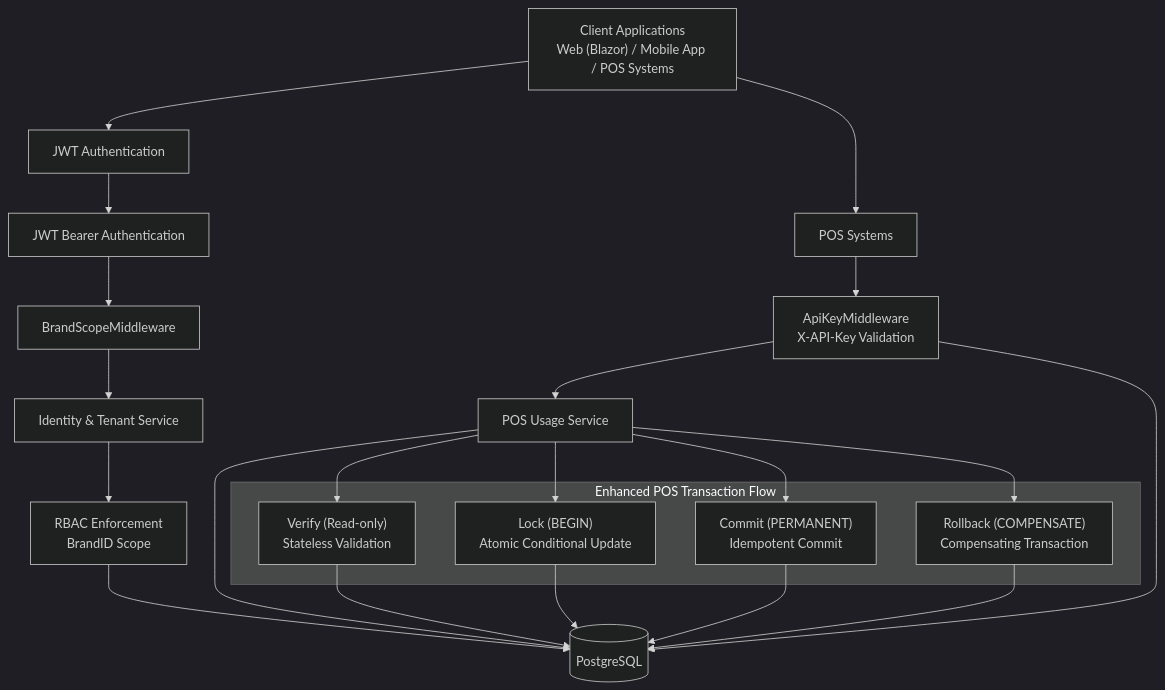
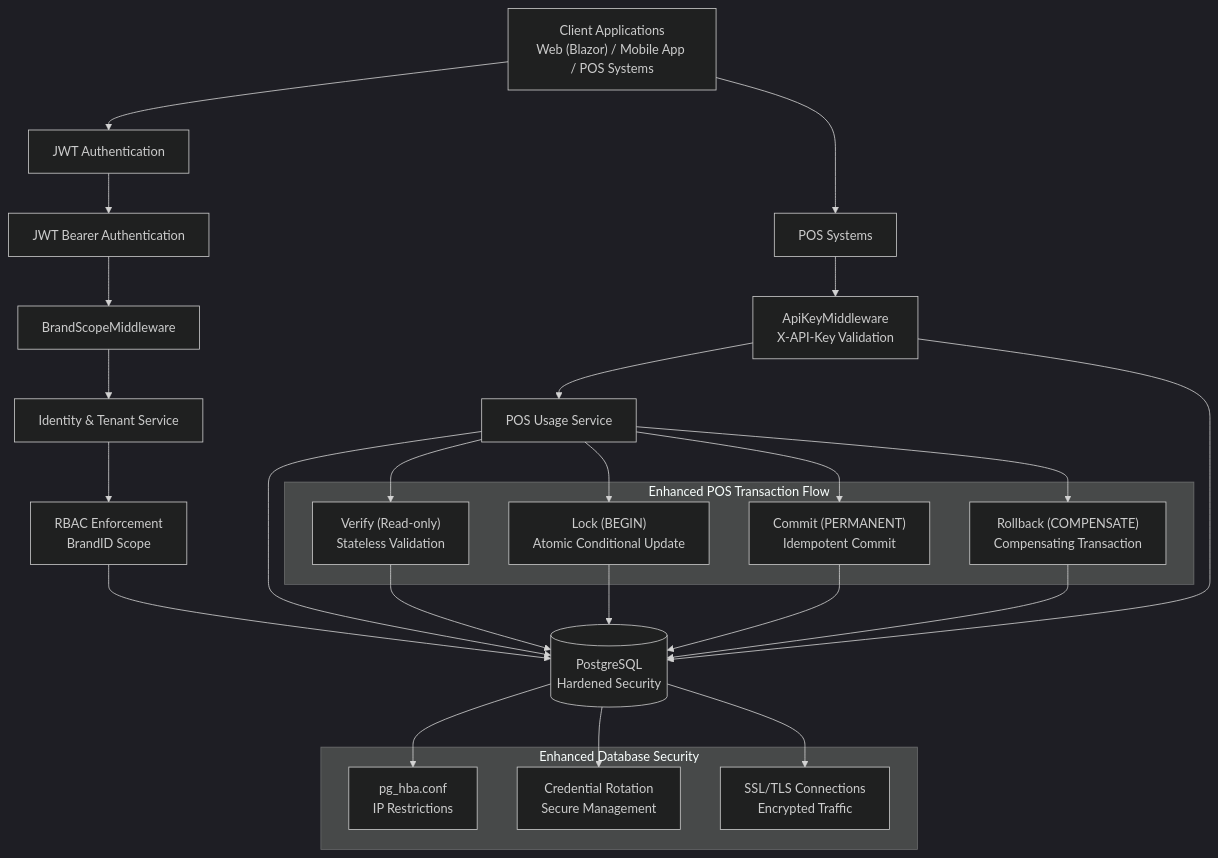
One commit to lamhongbac/NonCash changed the second of 9 diagrams in .qoder/repowiki/en/content/System Architecture/Security Architecture.md. Above: the diagram before and after it, drawn with Mermaid (dark theme). The commit also changed other lines of this file and 32 other files, not shown here.

````diff
--- a/.qoder/repowiki/en/content/System Architecture/Security Architecture.md
+++ b/.qoder/repowiki/en/content/System Architecture/Security Architecture.md
@@ -167,28 +183,36 @@
 ```mermaid
 graph TB
 Client["Client Applications<br/>Web (Blazor) / Mobile App / POS Systems"] --> Auth["JWT Authentication"]
 Client --> POS["POS Systems"]
 Auth --> JWTMW["JWT Bearer Authentication"]
 JWTMW --> BrandMW["BrandScopeMiddleware"]
 BrandMW --> IdentitySvc["Identity & Tenant Service"]
 IdentitySvc --> RBAC["RBAC Enforcement<br/>BrandID Scope"]
 POS --> ApiKeyMW["ApiKeyMiddleware<br/>X-API-Key Validation"]
 ApiKeyMW --> PosSvc["POS Usage Service"]
-PosSvc --> DB[("PostgreSQL")]
+PosSvc --> DB[("PostgreSQL<br/>Hardened Security")]
 RBAC --> DB
 ApiKeyMW --> DB
+subgraph "Enhanced Database Security"
+PGCONF["pg_hba.conf<br/>IP Restrictions"]
+CREDROT["Credential Rotation<br/>Secure Management"]
+SSLCONN["SSL/TLS Connections<br/>Encrypted Traffic"]
+end
+DB --> PGCONF
+DB --> CREDROT
+DB --> SSLCONN
 subgraph "Enhanced POS Transaction Flow"
 Verify["Verify (Read-only)<br/>Stateless Validation"]
 Lock["Lock (BEGIN)<br/>Atomic Conditional Update"]
 Commit["Commit (PERMANENT)<br/>Idempotent Commit"]
 Rollback["Rollback (COMPENSATE)<br/>Compensating Transaction"]
 end
 PosSvc --> Verify
 PosSvc --> Lock
 PosSvc --> Commit
 PosSvc --> Rollback
 Verify --> DB
 Lock --> DB
 Commit --> DB
 Rollback --> DB
 ```
````
